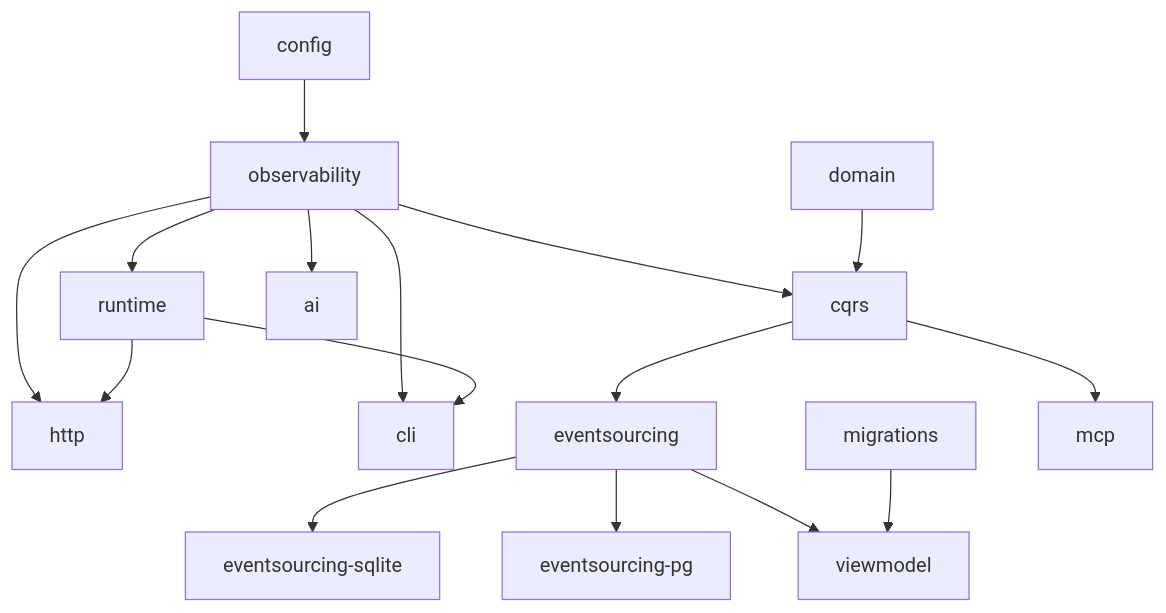
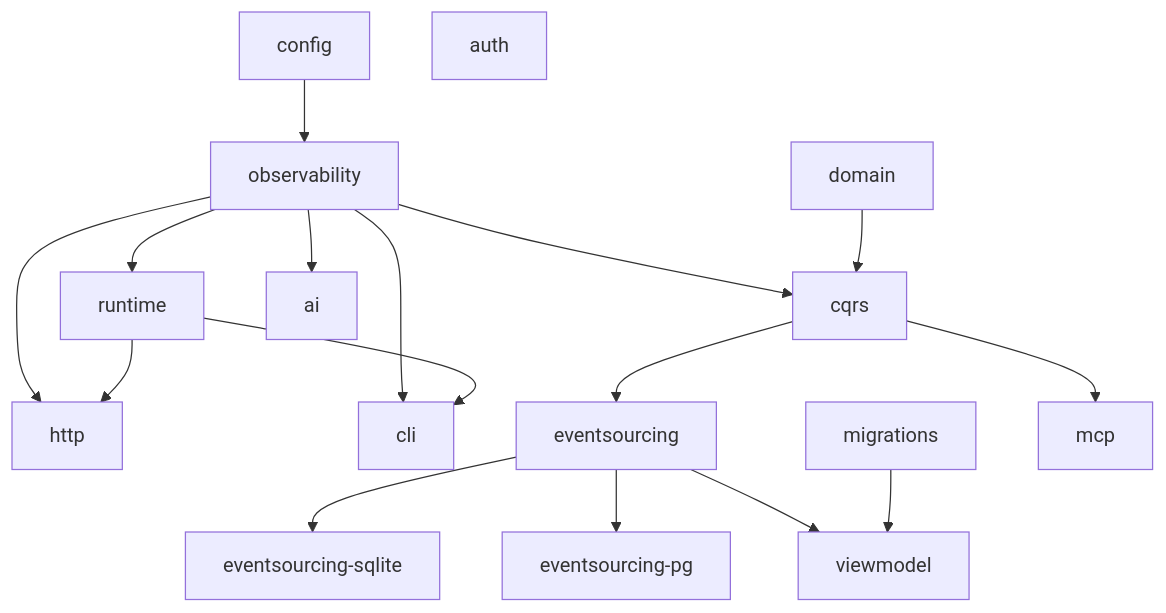
The second of 2 diagrams in docs/architecture.md (Ligerian-labs/structure), drawn with Mermaid before and after one commit. The commit also changed other lines of this file and 27 other files, not shown here.

````diff
--- a/docs/architecture.md
+++ b/docs/architecture.md
@@ -33,11 +33,12 @@
 ```mermaid
 flowchart TD
     config --> observability
     observability --> cqrs & runtime & http & cli & ai
     domain --> cqrs --> eventsourcing
     eventsourcing --> essqlite[eventsourcing-sqlite] & espg[eventsourcing-pg]
     eventsourcing --> viewmodel
     migrations --> viewmodel
     runtime --> http & cli
     cqrs --> mcp
+    auth
 ```
````
